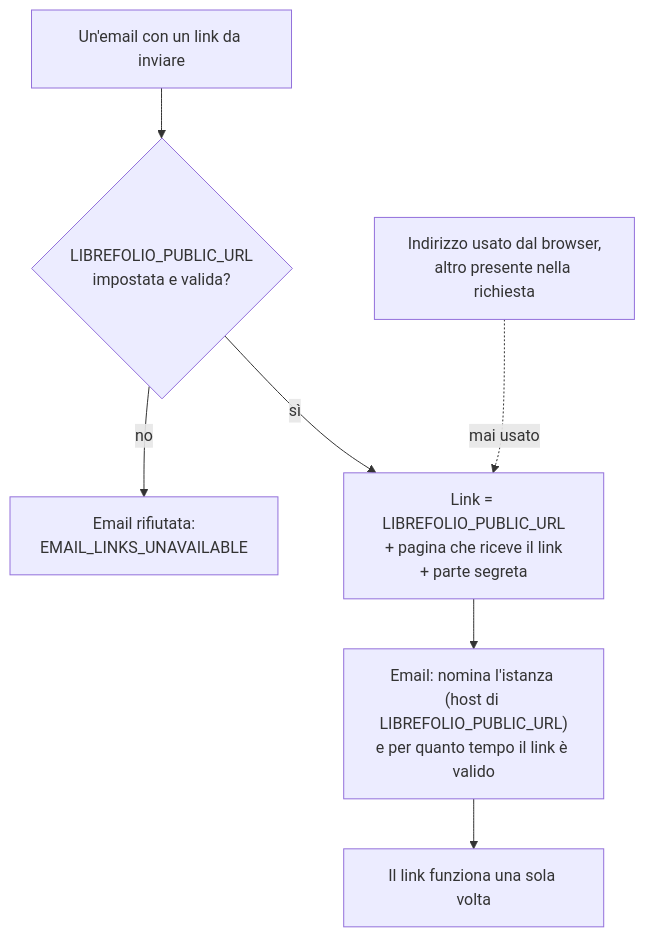
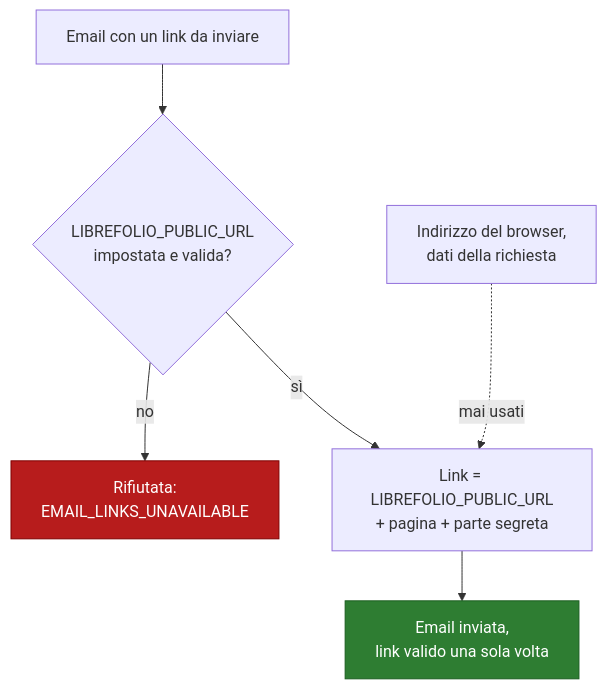
One commit to Librefolio/LibreFolio changed the first of 18 diagrams in mkdocs_src/docs/admin/email_flows.it.md. Above: the diagram before and after it, drawn with Mermaid. The commit also changed other lines of this file, not shown here.

Commit message:
docs(admin): email flows diagrams small and separate, ELK where it reads better (it)

````diff
--- a/mkdocs_src/docs/admin/email_flows.it.md
+++ b/mkdocs_src/docs/admin/email_flows.it.md
@@ -21,9 +21,12 @@
 ```mermaid
 flowchart TD
-    REQ["Un'email con un link da inviare"] --> CHK{"LIBREFOLIO_PUBLIC_URL<br>impostata e valida?"}
-    CHK -->|"no"| REF["Email rifiutata:<br>EMAIL_LINKS_UNAVAILABLE"]
-    CHK -->|"sì"| BUILD["Link = LIBREFOLIO_PUBLIC_URL<br>+ pagina che riceve il link<br>+ parte segreta"]
-    BROWSER["Indirizzo usato dal browser,<br>altro presente nella richiesta"] -. "mai usato" .-> BUILD
-    BUILD --> MAIL["Email: nomina l'istanza (host di LIBREFOLIO_PUBLIC_URL)<br>e per quanto tempo il link è valido"]
-    MAIL --> OPEN["Il link funziona una sola volta"]
+    REQ["Email con un link da inviare"] --> CHK{"LIBREFOLIO_PUBLIC_URL<br>impostata e valida?"}
+    CHK -->|"no"| REF["Rifiutata:<br>EMAIL_LINKS_UNAVAILABLE"]
+    CHK -->|"sì"| BUILD["Link = LIBREFOLIO_PUBLIC_URL<br>+ pagina + parte segreta"]
+    BROWSER["Indirizzo del browser,<br>dati della richiesta"] -. "mai usati" .-> BUILD
+    BUILD --> MAIL["Email inviata,<br>link valido una sola volta"]
+    classDef no fill:#b71c1c,stroke:#7f0000,color:#ffffff
+    classDef ok fill:#2e7d32,stroke:#1b5e20,color:#ffffff
+    class REF no
+    class MAIL ok
 ```
````
